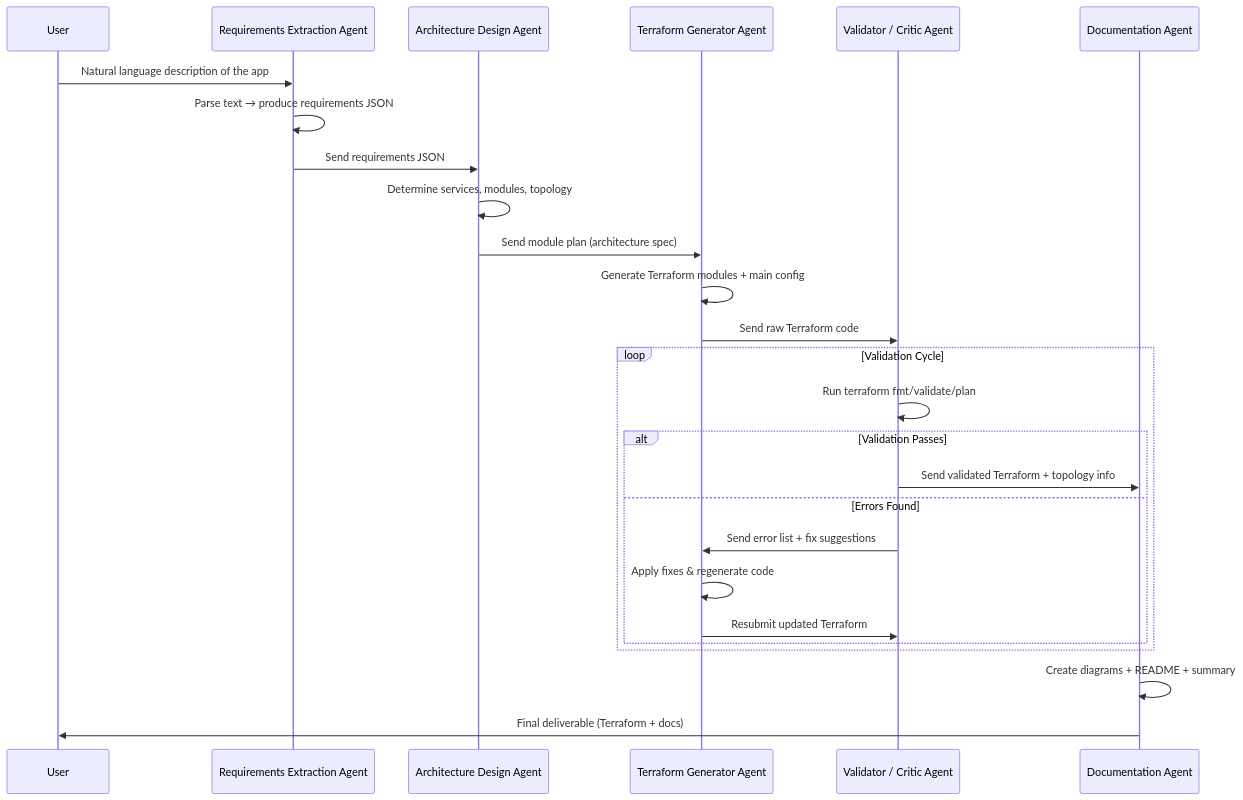
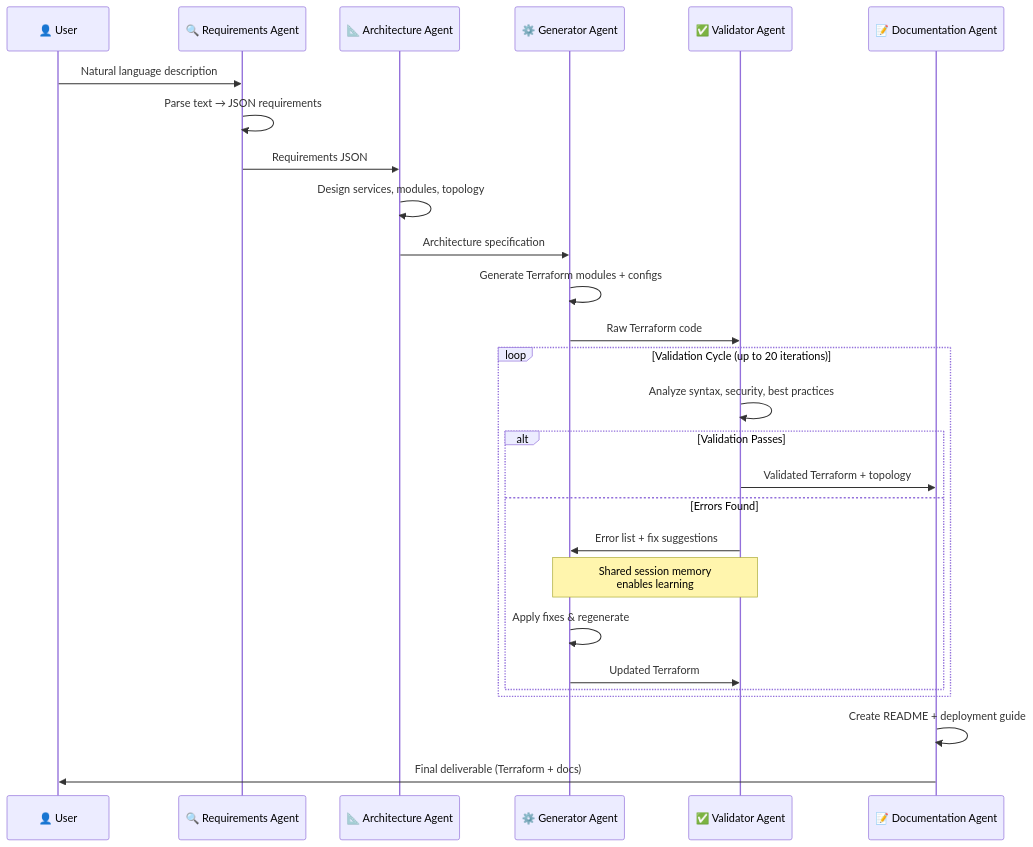
Before and after one commit to jja4/terraform_adk_agents: the second of 3 diagrams in README.md, drawn with Mermaid. The commit also changed other lines of this file and 10 other files, not shown here.

````diff
--- a/README.md
+++ b/README.md
@@ -75,33 +110,34 @@
 ```mermaid
 sequenceDiagram
-    participant U as User
-    participant R as Requirements Extraction Agent
-    participant P as Architecture Design Agent
-    participant G as Terraform Generator Agent
-    participant V as Validator / Critic Agent
-    participant D as Documentation Agent
+    participant U as 👤 User
+    participant R as 🔍 Requirements Agent
+    participant P as 📐 Architecture Agent
+    participant G as ⚙️ Generator Agent
+    participant V as ✅ Validator Agent
+    participant D as 📝 Documentation Agent
 
-    U->>R: Natural language description of the app
-    R->>R: Parse text → produce requirements JSON
-    R->>P: Send requirements JSON
+    U->>R: Natural language description
+    R->>R: Parse text → JSON requirements
+    R->>P: Requirements JSON
 
-    P->>P: Determine services, modules, topology
-    P->>G: Send module plan (architecture spec)
+    P->>P: Design services, modules, topology
+    P->>G: Architecture specification
 
-    G->>G: Generate Terraform modules + main config
-    G->>V: Send raw Terraform code
+    G->>G: Generate Terraform modules + configs
+    G->>V: Raw Terraform code
 
-    loop Validation Cycle
-        V->>V: Run terraform fmt/validate/plan
+    loop Validation Cycle (up to 20 iterations)
+        V->>V: Analyze syntax, security, best practices
         alt Validation Passes
-            V->>D: Send validated Terraform + topology info
+            V->>D: Validated Terraform + topology
         else Errors Found
-            V->>G: Send error list + fix suggestions
-            G->>G: Apply fixes & regenerate code
-            G->>V: Resubmit updated Terraform
+            V->>G: Error list + fix suggestions
+            Note over G,V: Shared session memory<br/>enables learning
+            G->>G: Apply fixes & regenerate
+            G->>V: Updated Terraform
         end
     end
 
-    D->>D: Create diagrams + README + summary
+    D->>D: Create README + deployment guide
     D->>U: Final deliverable (Terraform + docs)
 ```
````
